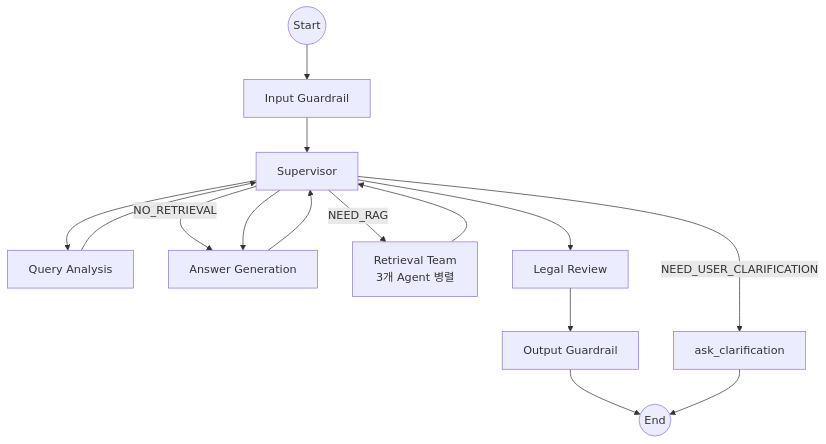
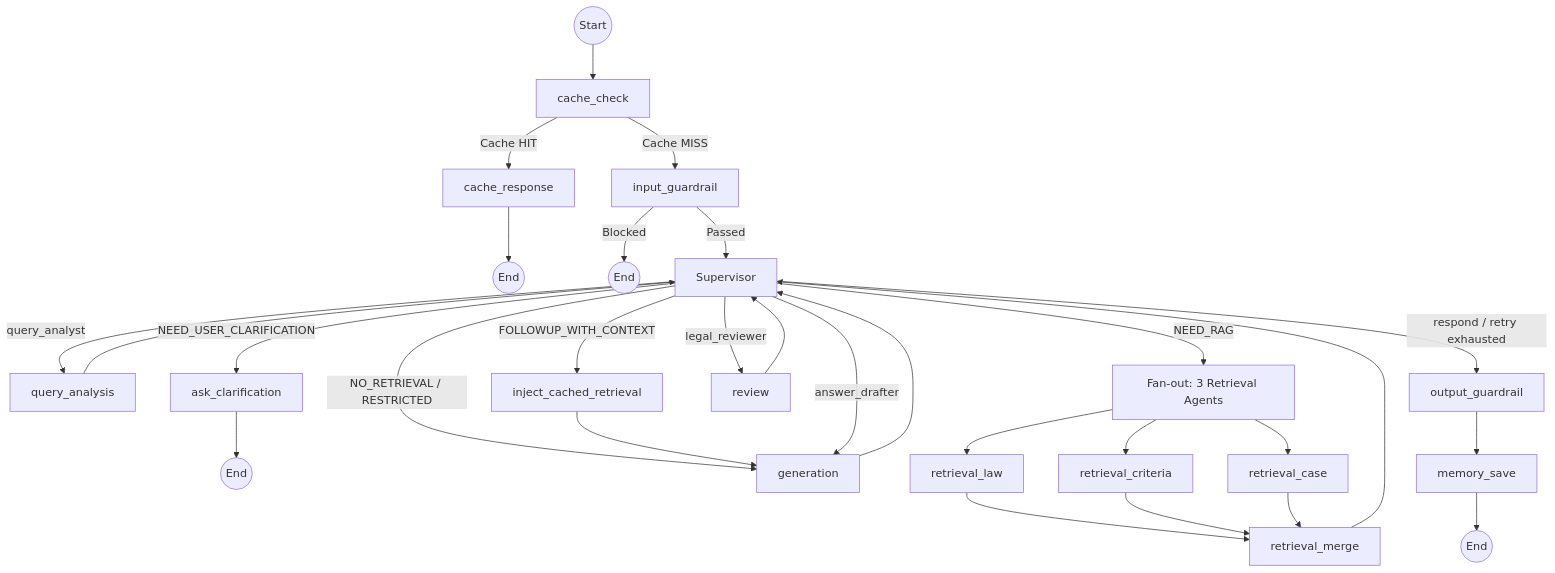
The diagram in backend/app/supervisor/README.md (Maroco0109/Ddoksori), drawn with Mermaid before and after one commit. The commit also changed other lines of this file and 9 other files, not shown here.

````diff
--- a/backend/app/supervisor/README.md
+++ b/backend/app/supervisor/README.md
@@ -57,22 +108,46 @@
 ```mermaid
 flowchart TD
-    Start((Start)) --> InputGuard[Input Guardrail]
-    InputGuard --> Supervisor[Supervisor]
+    Start((Start)) --> cache_check[cache_check]
 
-    Supervisor --> Analysis[Query Analysis]
-    Analysis --> Supervisor
+    cache_check -- "Cache HIT" --> cache_response[cache_response]
+    cache_response --> End1((End))
 
-    Supervisor -- "NEED_USER_CLARIFICATION" --> Clarify[ask_clarification]
-    Supervisor -- "NO_RETRIEVAL" --> Generation
-    Supervisor -- "NEED_RAG" --> Retrieval[Retrieval Team<br/>3개 Agent 병렬]
+    cache_check -- "Cache MISS" --> input_guardrail[input_guardrail]
 
-    Retrieval --> Supervisor
-    Supervisor --> Generation[Answer Generation]
+    input_guardrail -- "Blocked" --> End2((End))
+    input_guardrail -- "Passed" --> supervisor[Supervisor]
 
-    Generation --> Supervisor
-    Supervisor --> Review[Legal Review]
+    supervisor -- "query_analyst" --> query_analysis[query_analysis]
+    query_analysis --> supervisor
 
-    Review --> OutputGuard[Output Guardrail]
-    OutputGuard --> End((End))
-    Clarify --> End
+    supervisor -- "NEED_USER_CLARIFICATION" --> ask_clarification
+    ask_clarification --> End3((End))
+
+    supervisor -- "NO_RETRIEVAL / RESTRICTED" --> generation[generation]
+
+    supervisor -- "NEED_RAG" --> retrieval_fan_out["Fan-out: 3 Retrieval Agents"]
+
+    retrieval_fan_out --> retrieval_law[retrieval_law]
+    retrieval_fan_out --> retrieval_criteria[retrieval_criteria]
+    retrieval_fan_out --> retrieval_case[retrieval_case]
+
+    retrieval_law --> retrieval_merge[retrieval_merge]
+    retrieval_criteria --> retrieval_merge
+    retrieval_case --> retrieval_merge
+
+    retrieval_merge --> supervisor
+
+    supervisor -- "FOLLOWUP_WITH_CONTEXT" --> inject_cached_retrieval[inject_cached_retrieval]
+    inject_cached_retrieval --> generation
+
+    supervisor -- "answer_drafter" --> generation
+    generation --> supervisor
+
+    supervisor -- "legal_reviewer" --> review[review]
+    review --> supervisor
+
+    supervisor -- "respond / retry exhausted" --> output_guardrail[output_guardrail]
+
+    output_guardrail --> memory_save[memory_save]
+    memory_save --> End4((End))
 ```
````
